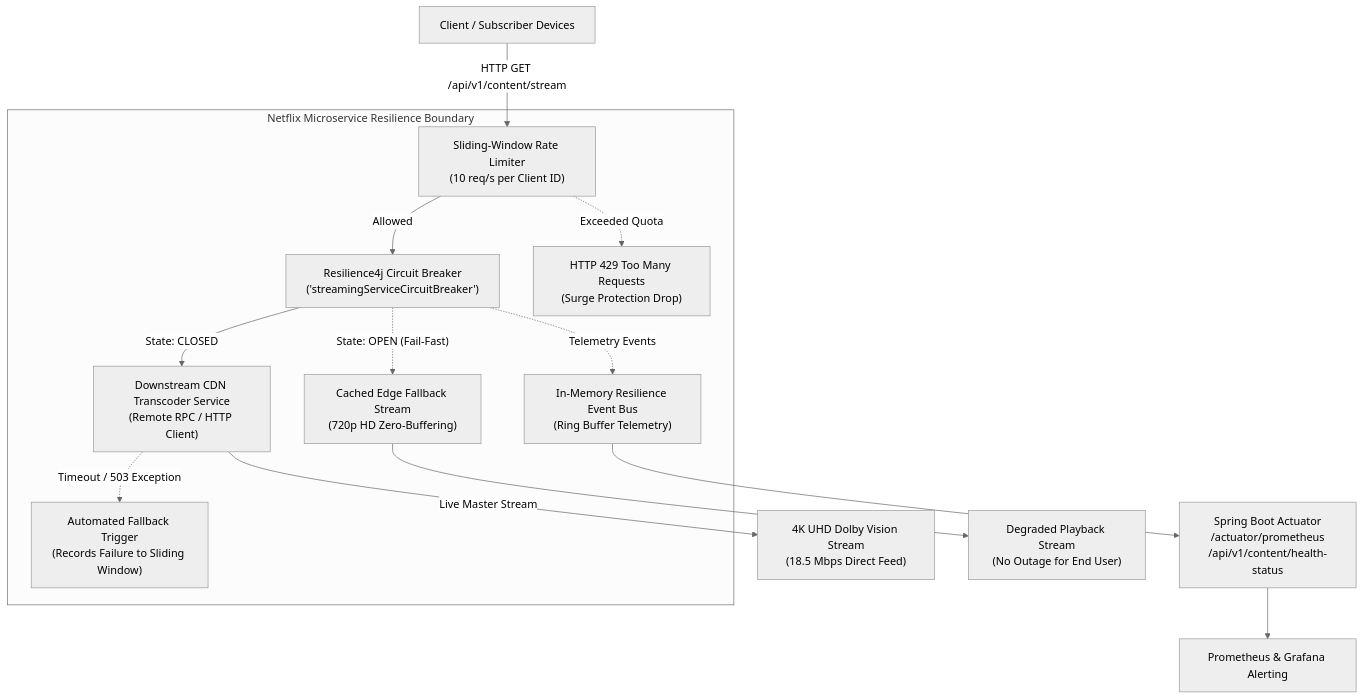
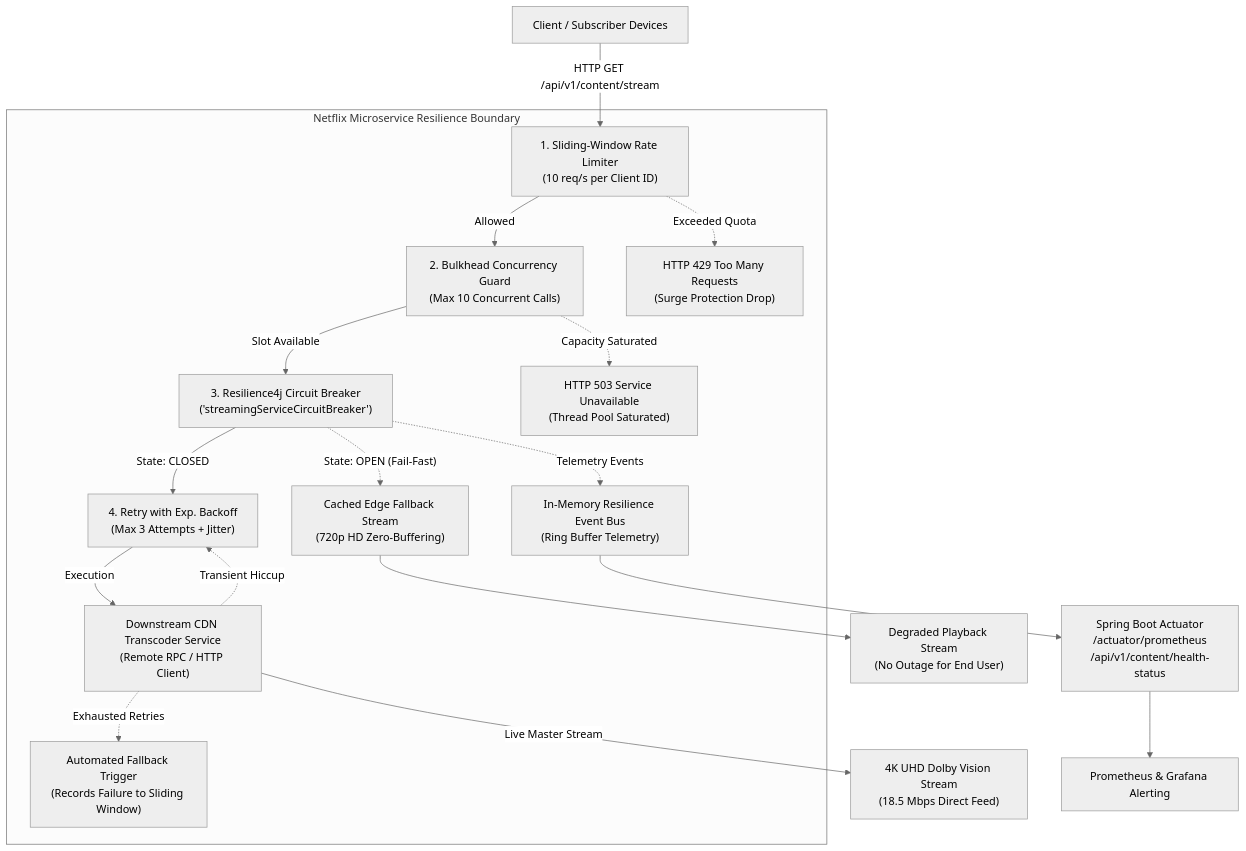
One commit to urjit-3105/Netflix changed the diagram in README.md. Above: the diagram before and after it, drawn with Mermaid (neutral theme). The commit also changed other lines of this file and 9 other files, not shown here.

Commit message:
feat: implement Bulkhead concurrency isolation and Retry with exponential backoff & jitter

````diff
--- a/README.md
+++ b/README.md
@@ -16,21 +16,27 @@
 ```mermaid
 flowchart TD
-    Client["Client / Subscriber Devices"] -->|"HTTP GET /api/v1/content/stream"| IngressRateLimiter["Sliding-Window Rate Limiter\n(10 req/s per Client ID)"]
+    Client["Client / Subscriber Devices"] -->|"HTTP GET /api/v1/content/stream"| IngressRateLimiter["1. Sliding-Window Rate Limiter\n(10 req/s per Client ID)"]
 
     subgraph ResilienceBoundary ["Netflix Microservice Resilience Boundary"]
-        IngressRateLimiter -->|"Allowed"| CircuitBreakerCore["Resilience4j Circuit Breaker\n('streamingServiceCircuitBreaker')"]
+        IngressRateLimiter -->|"Allowed"| BulkheadCore["2. Bulkhead Concurrency Guard\n(Max 10 Concurrent Calls)"]
         IngressRateLimiter -.->|"Exceeded Quota"| ThrottledResponse["HTTP 429 Too Many Requests\n(Surge Protection Drop)"]
 
-        CircuitBreakerCore -->|"State: CLOSED"| RemoteClient["Downstream CDN Transcoder Service\n(Remote RPC / HTTP Client)"]
+        BulkheadCore -->|"Slot Available"| CircuitBreakerCore["3. Resilience4j Circuit Breaker\n('streamingServiceCircuitBreaker')"]
+        BulkheadCore -.->|"Capacity Saturated"| BulkheadSaturated["HTTP 503 Service Unavailable\n(Thread Pool Saturated)"]
+
+        CircuitBreakerCore -->|"State: CLOSED"| RetryEngine["4. Retry with Exp. Backoff\n(Max 3 Attempts + Jitter)"]
         CircuitBreakerCore -.->|"State: OPEN (Fail-Fast)"| FastFallback["Cached Edge Fallback Stream\n(720p HD Zero-Buffering)"]
-        RemoteClient -.->|"Timeout / 503 Exception"| DegradedFallback["Automated Fallback Trigger\n(Records Failure to Sliding Window)"]
+
+        RetryEngine -->|"Execution"| RemoteClient["Downstream CDN Transcoder Service\n(Remote RPC / HTTP Client)"]
+        RemoteClient -.->|"Transient Hiccup"| RetryEngine
+        RemoteClient -.->|"Exhausted Retries"| DegradedFallback["Automated Fallback Trigger\n(Records Failure to Sliding Window)"]
 
         CircuitBreakerCore -.->|"Telemetry Events"| EventBuffer["In-Memory Resilience Event Bus\n(Ring Buffer Telemetry)"]
     end
 
     RemoteClient -->|"Live Master Stream"| SuccessResponse["4K UHD Dolby Vision Stream\n(18.5 Mbps Direct Feed)"]
     FastFallback --> FallbackResponse["Degraded Playback Stream\n(No Outage for End User)"]
 
     EventBuffer --> Actuator["Spring Boot Actuator\n/actuator/prometheus\n/api/v1/content/health-status"]
     Actuator --> Monitoring["Prometheus & Grafana Alerting"]
 ```
````
